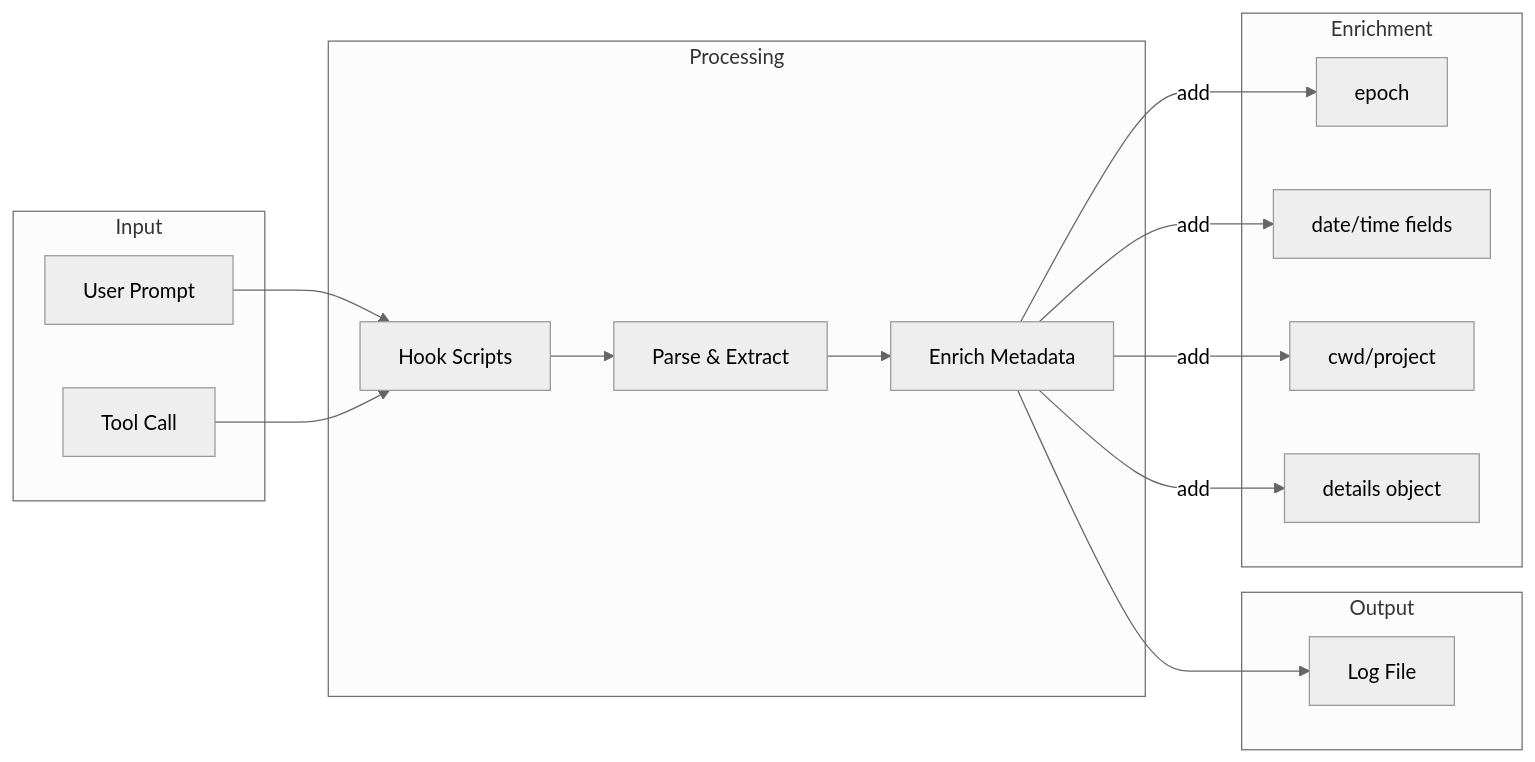
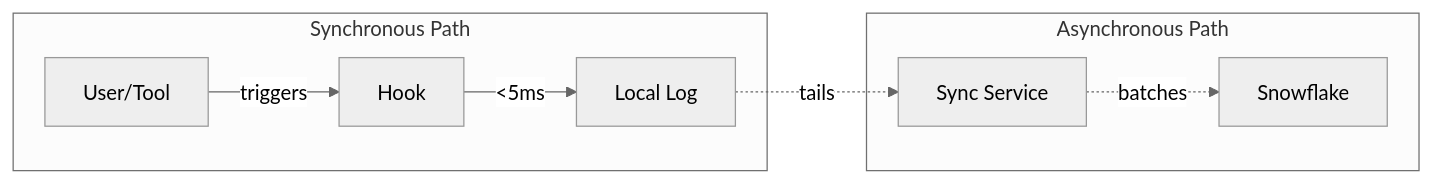
Before and after one commit to feedbackloopai-llc/optivai-claude-plugin: the fifth of 5 diagrams in .claude/hooks/LOGGING-SYSTEM-DESIGN.md, drawn with Mermaid (neutral theme). The commit also changed other lines of this file and 5 other files, not shown here.

First line of the commit message:
feat: add Snowflake sync service for enterprise log aggregation

````diff
--- a/.claude/hooks/LOGGING-SYSTEM-DESIGN.md
+++ b/.claude/hooks/LOGGING-SYSTEM-DESIGN.md
@@ -182,30 +362,12 @@
 ```mermaid
 flowchart LR
-    subgraph Input
-        U[User Prompt]
-        T[Tool Call]
+    subgraph Synchronous Path
+        U[User/Tool] -->|triggers| H[Hook]
+        H -->|<5ms| L[Local Log]
     end
 
-    subgraph Processing
-        H[Hook Scripts]
-        P[Parse & Extract]
-        E[Enrich Metadata]
-    end
-
-    subgraph Output
-        L[Log File]
-    end
-
-    U --> H
-    T --> H
-    H --> P
-    P --> E
-    E --> L
-
-    subgraph Enrichment
-        E --> |add| EP[epoch]
-        E --> |add| DT[date/time fields]
-        E --> |add| CW[cwd/project]
-        E --> |add| DE[details object]
+    subgraph Asynchronous Path
+        L -.->|tails| S[Sync Service]
+        S -.->|batches| SF[Snowflake]
     end
 ```
````
